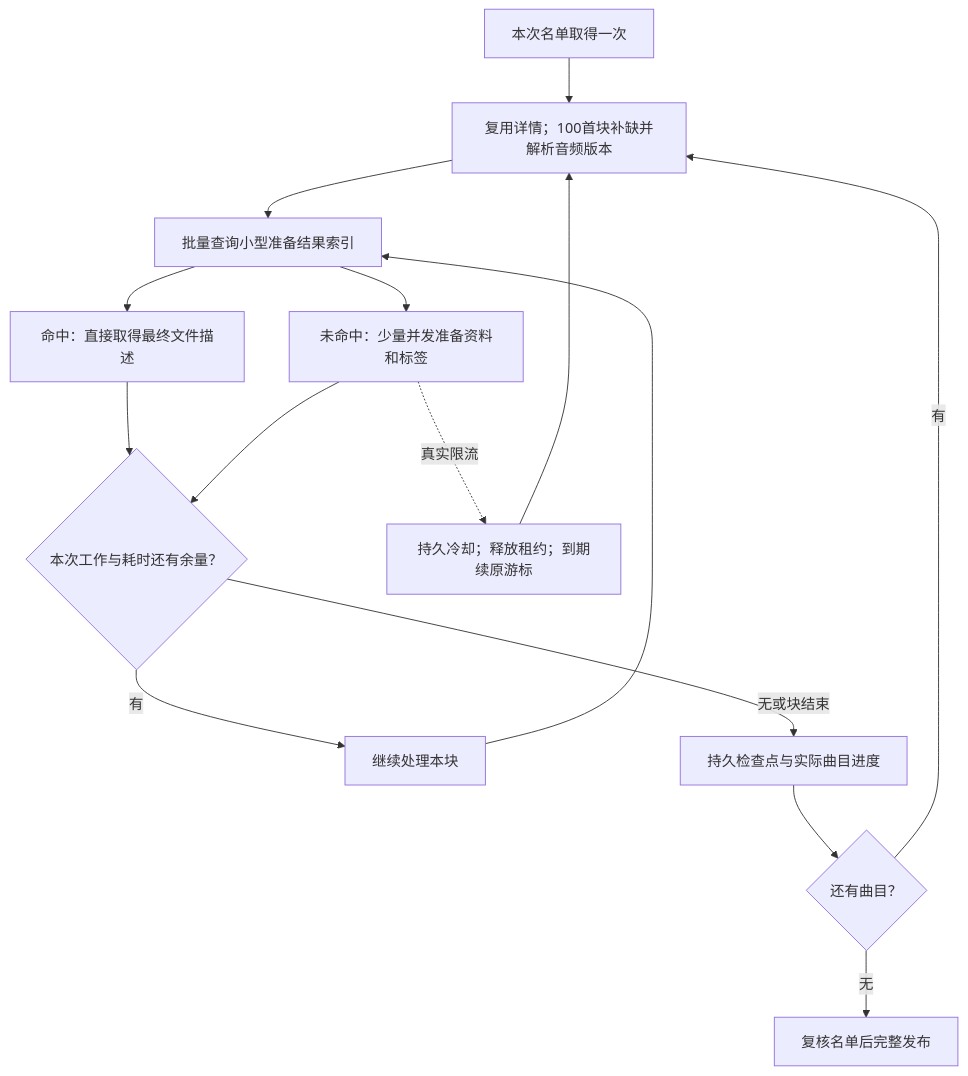
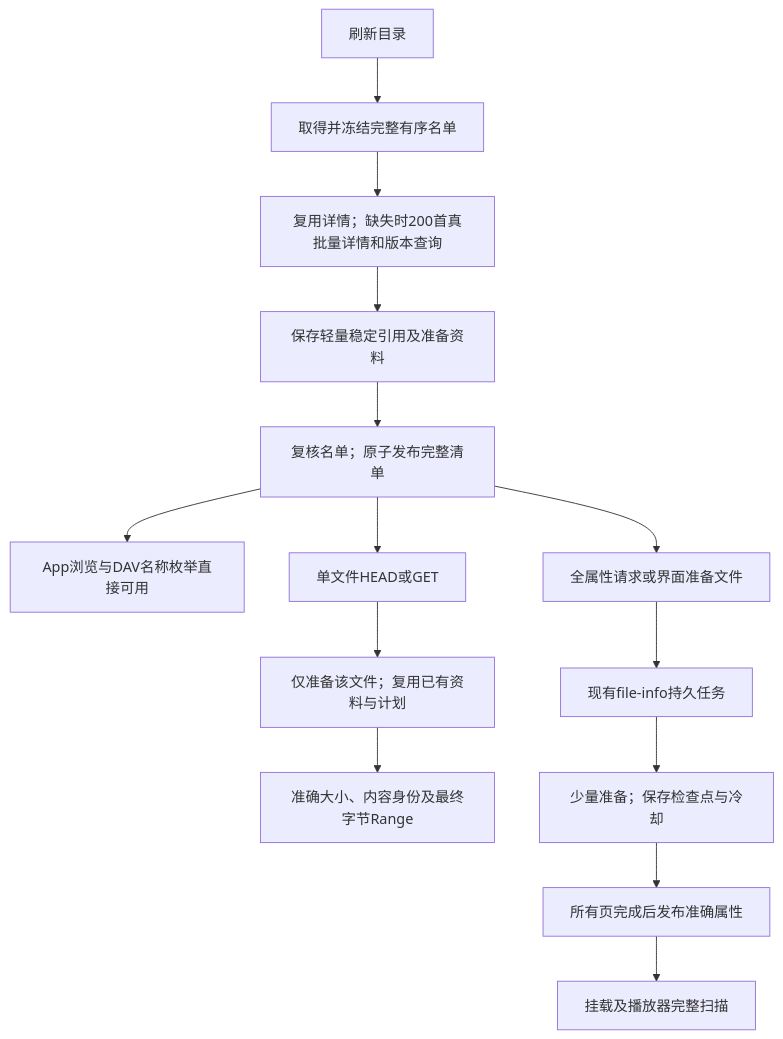
The diagram in docs/architecture/refresh-performance.md (shengyusi-SYS/musicfs), drawn with Mermaid before and after one commit. The commit also changed other lines of this file and 19 other files, not shown here.

Commit message:
docs: record deferred catalogue architecture and measured performance

````diff
--- a/docs/architecture/refresh-performance.md
+++ b/docs/architecture/refresh-performance.md
@@ -72,17 +21,16 @@
 ```mermaid
 flowchart TD
-  Begin[本次名单取得一次] --> Batch[复用详情；100首块补缺并解析音频版本]
-  Batch --> Lookup[批量查询小型准备结果索引]
-  Lookup --> Warm[命中：直接取得最终文件描述]
-  Lookup --> Cold[未命中：少量并发准备资料和标签]
-  Warm --> Budget{本次工作与耗时还有余量？}
-  Cold --> Budget
-  Budget -->|有| More[继续处理本块]
-  More --> Lookup
-  Budget -->|无或块结束| Save[持久检查点与实际曲目进度]
-  Save --> Next{还有曲目？}
-  Next -->|有| Batch
-  Next -->|无| Verify[复核名单后完整发布]
-  Cold -.真实限流.-> Wait[持久冷却；释放租约；到期续原游标]
-  Wait --> Batch
+  Refresh[刷新目录] --> Membership[取得并冻结完整有序名单]
+  Membership --> Batch[复用详情；缺失时200首真批量详情和版本查询]
+  Batch --> Seeds[保存轻量稳定引用及准备资料]
+  Seeds --> Publish[复核名单；原子发布完整清单]
+  Publish --> Names[App浏览与DAV名称枚举直接可用]
+  Publish --> Read[单文件HEAD或GET]
+  Read --> One[仅准备该文件；复用已有资料与计划]
+  One --> Bytes[准确大小、内容身份及最终字节Range]
+  Publish --> Bulk[全属性请求或界面准备文件]
+  Bulk --> Durable[现有file-info持久任务]
+  Durable --> Work[少量准备；保存检查点与冷却]
+  Work --> Complete[所有页完成后发布准确属性]
+  Complete --> Scan[挂载及播放器完整扫描]
 ```
````
